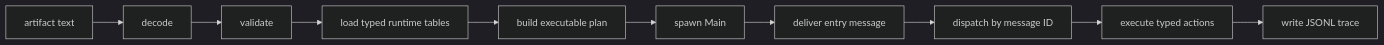
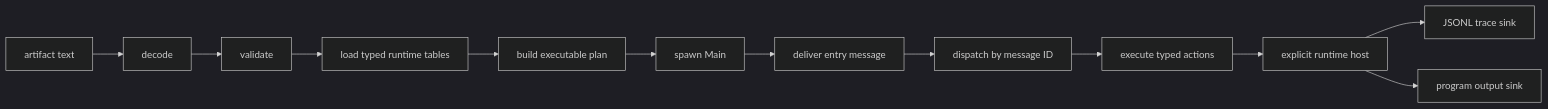
One commit to beardedeagle/strata changed the second of 3 diagrams in docs/src/implementation-architecture.md. Above: the diagram before and after it, drawn with Mermaid (dark theme). The commit also changed other lines of this file and 7 other files, not shown here.

First line of the commit message:
Route Mantle execution through explicit host sinks

````diff
--- a/docs/src/implementation-architecture.md
+++ b/docs/src/implementation-architecture.md
@@ -43,15 +43,19 @@
 ```mermaid
 flowchart LR
     Artifact["artifact text"]
     Decode["decode"]
     Validate["validate"]
     Load["load typed runtime tables"]
     Plan["build executable plan"]
     Spawn["spawn Main"]
     Deliver["deliver entry message"]
     Dispatch["dispatch by message ID"]
     Execute["execute typed actions"]
-    Trace["write JSONL trace"]
+    Host["explicit runtime host"]
+    Trace["JSONL trace sink"]
+    Output["program output sink"]
 
-    Artifact --> Decode --> Validate --> Load --> Plan --> Spawn --> Deliver --> Dispatch --> Execute --> Trace
+    Artifact --> Decode --> Validate --> Load --> Plan --> Spawn --> Deliver --> Dispatch --> Execute --> Host
+    Host --> Trace
+    Host --> Output
 ```
````
